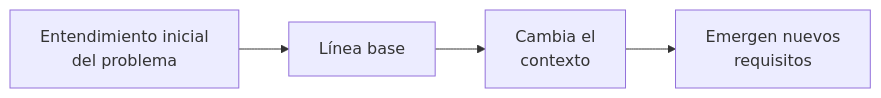
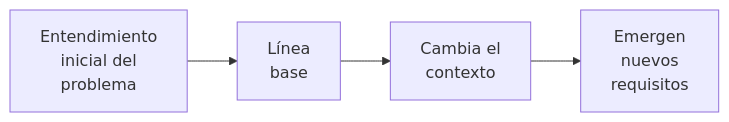
Before and after one commit to agustinbravop/utn-vault: the diagram in 2do Nivel/Análisis de Sistemas de Información/Gestión de Requisitos.md, drawn with Mermaid. The commit also changed 41 other files, not shown here.

````diff
--- a/2do Nivel/Análisis de Sistemas de Información/Gestión de Requisitos.md
+++ b/2do Nivel/Análisis de Sistemas de Información/Gestión de Requisitos.md
@@ -9,4 +9,10 @@
 ```mermaid
 flowchart LR;
-1[Entendimiento inicial <br/> del problema] --> 2[Línea base] --> 3[Cambia el <br/> contexto] --> 4[Emergen nuevos <br/> requisitos]
+1[Entendimiento
+inicial del
+problema] --> 2[Línea
+base] --> 3[Cambia el
+contexto] --> 4[Emergen
+nuevos
+requisitos]
 ```
````
